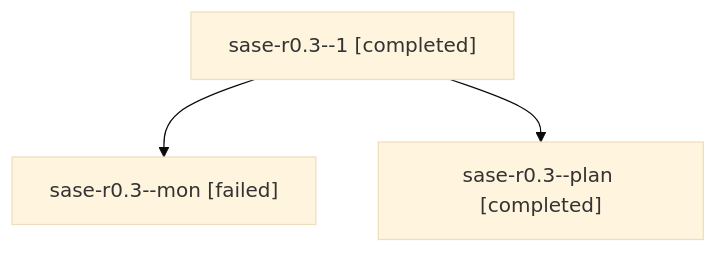
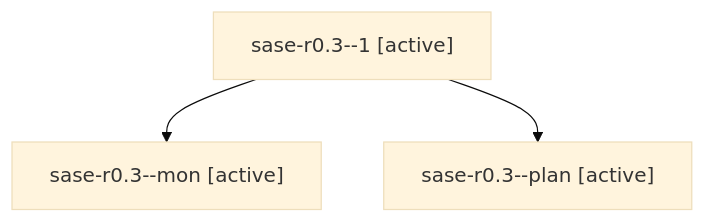
Before and after one commit to sase-org/sase--agents: the diagram in families/bbugyi200.athena.sase-r0.3.md, drawn with Mermaid (base theme). The commit also changed other lines of this file and 35830 other files, not shown here.

````diff
--- a/families/bbugyi200.athena.sase-r0.3.md
+++ b/families/bbugyi200.athena.sase-r0.3.md
@@ -9,8 +9,8 @@
 ```mermaid
 flowchart TD
-  n0["sase-r0.3--1 [completed]"]
-  n1["sase-r0.3--mon [failed]"]
+  n0["sase-r0.3--1 [active]"]
+  n1["sase-r0.3--mon [active]"]
   n0 --> n1
-  n2["sase-r0.3--plan [completed]"]
+  n2["sase-r0.3--plan [active]"]
   n0 --> n2
 ```
````
